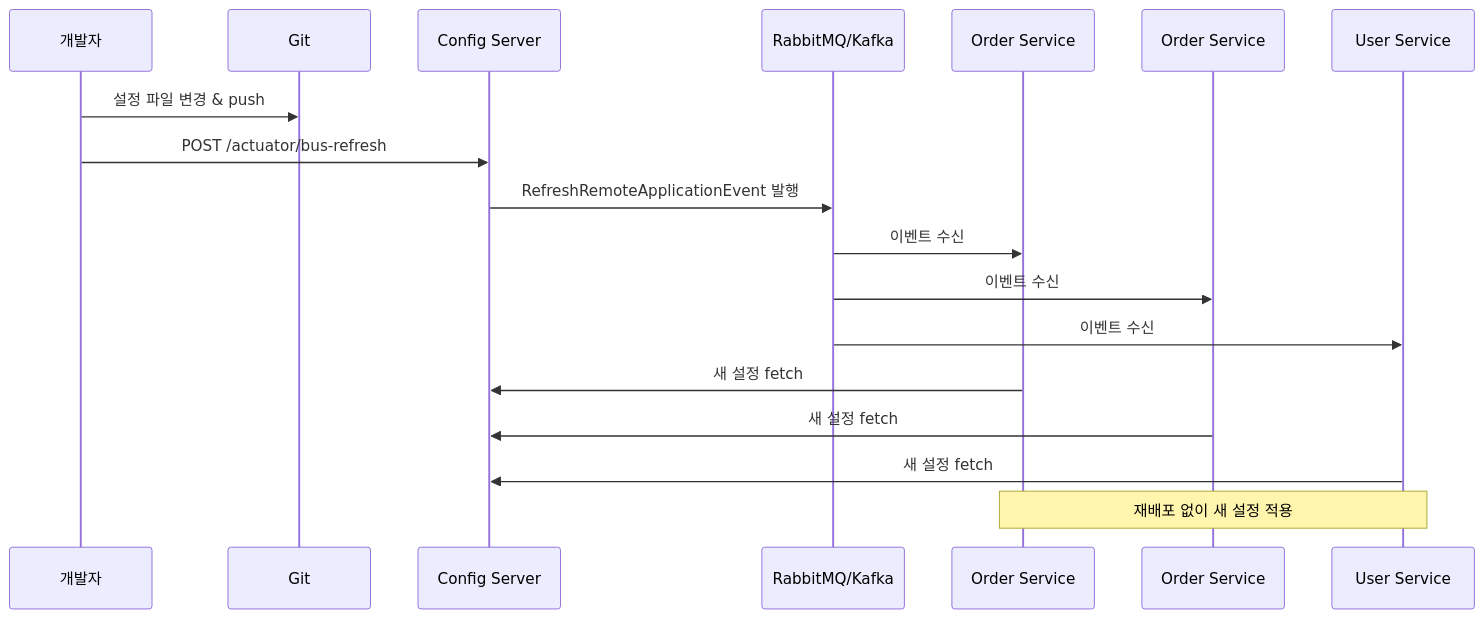
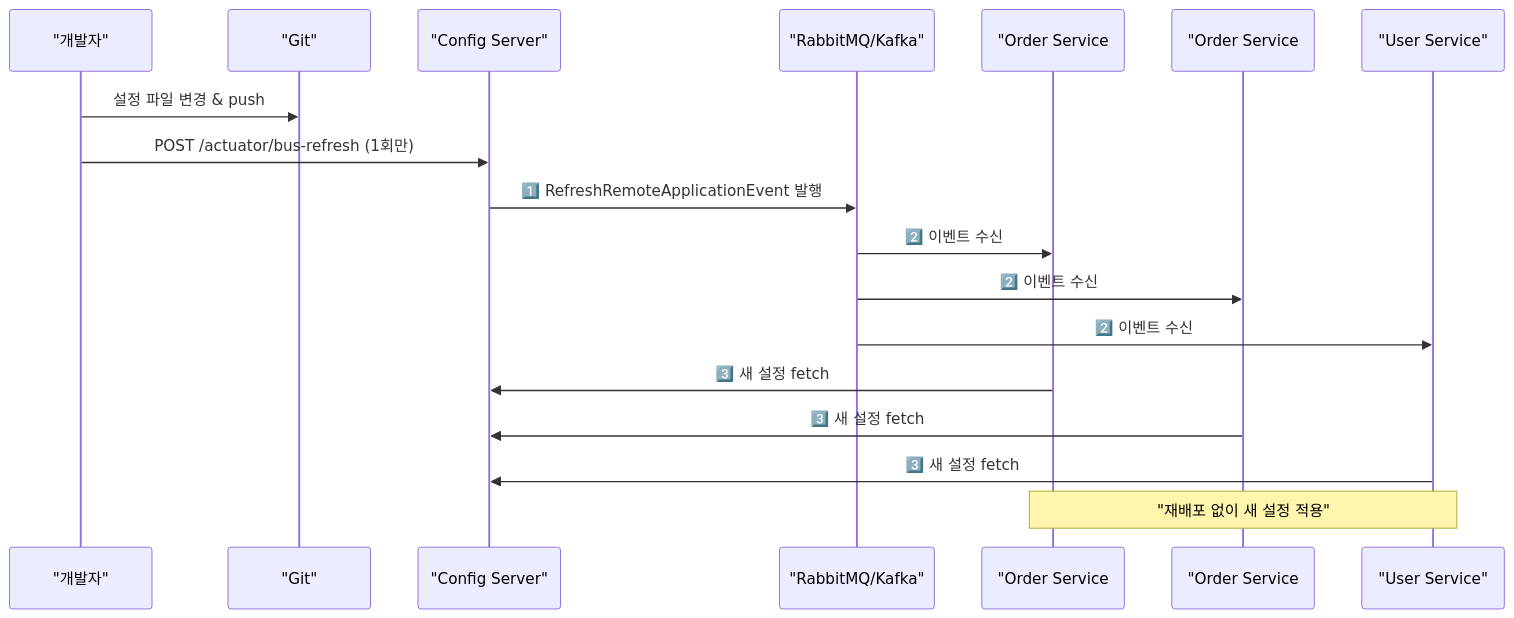
Before and after one commit to yjkim2015/yjkim2015.github.io: the second of 2 diagrams in _posts/spring/2026-05-01-spring-config.md, drawn with Mermaid. The commit also changed other lines of this file and 34 other files, not shown here.

First line of the commit message:
Full quality pass: 41 files — ASCII removed, 동작원리 보강, diagrams

```diff
--- a/_posts/spring/2026-05-01-spring-config.md
+++ b/_posts/spring/2026-05-01-spring-config.md
@@ -283,21 +172,21 @@
 <div class="mermaid">
 sequenceDiagram
-    participant DEV as 개발자
-    participant GIT as Git
-    participant CS as Config Server
-    participant MQ as RabbitMQ/Kafka
-    participant OS1 as Order Service #1
-    participant OS2 as Order Service #2
-    participant US as User Service
+    participant DEV as "개발자"
+    participant GIT as "Git"
+    participant CS as "Config Server"
+    participant MQ as "RabbitMQ/Kafka"
+    participant OS1 as "Order Service #1"
+    participant OS2 as "Order Service #2"
+    participant US as "User Service"
 
     DEV->>GIT: 설정 파일 변경 & push
-    DEV->>CS: POST /actuator/bus-refresh
-    CS->>MQ: RefreshRemoteApplicationEvent 발행
-    MQ->>OS1: 이벤트 수신
-    MQ->>OS2: 이벤트 수신
-    MQ->>US: 이벤트 수신
-    OS1->>CS: 새 설정 fetch
-    OS2->>CS: 새 설정 fetch
-    US->>CS: 새 설정 fetch
-    Note over OS1,US: 재배포 없이 새 설정 적용
+    DEV->>CS: POST /actuator/bus-refresh (1회만)
+    CS->>MQ: 1️⃣ RefreshRemoteApplicationEvent 발행
+    MQ->>OS1: 2️⃣ 이벤트 수신
+    MQ->>OS2: 2️⃣ 이벤트 수신
+    MQ->>US: 2️⃣ 이벤트 수신
+    OS1->>CS: 3️⃣ 새 설정 fetch
+    OS2->>CS: 3️⃣ 새 설정 fetch
+    US->>CS: 3️⃣ 새 설정 fetch
+    Note over OS1,US: "재배포 없이 새 설정 적용"
 </div>
```
